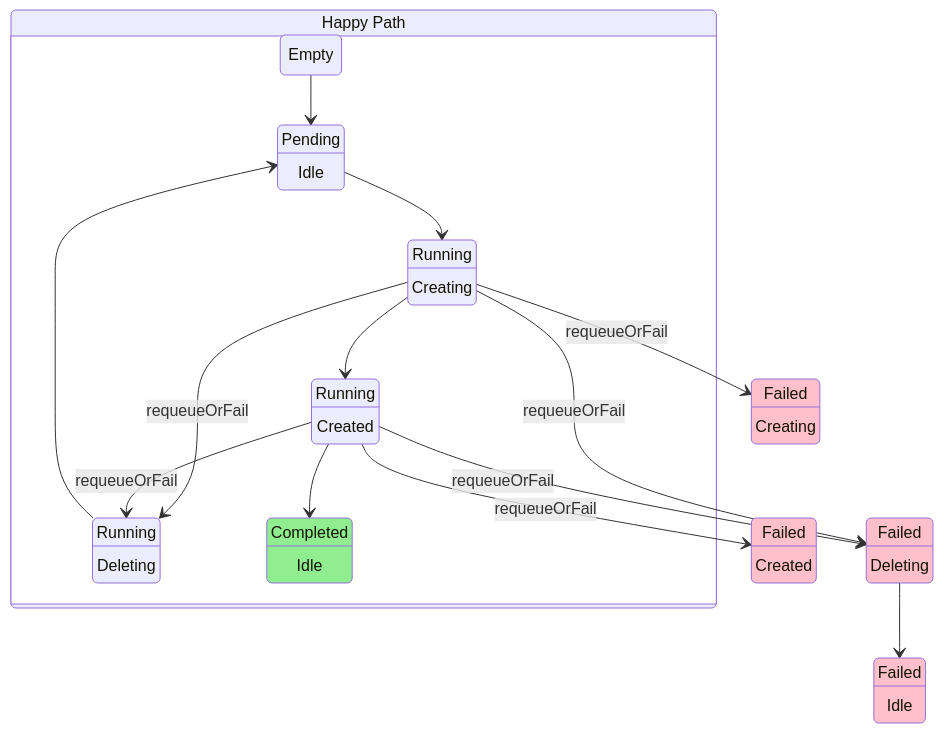
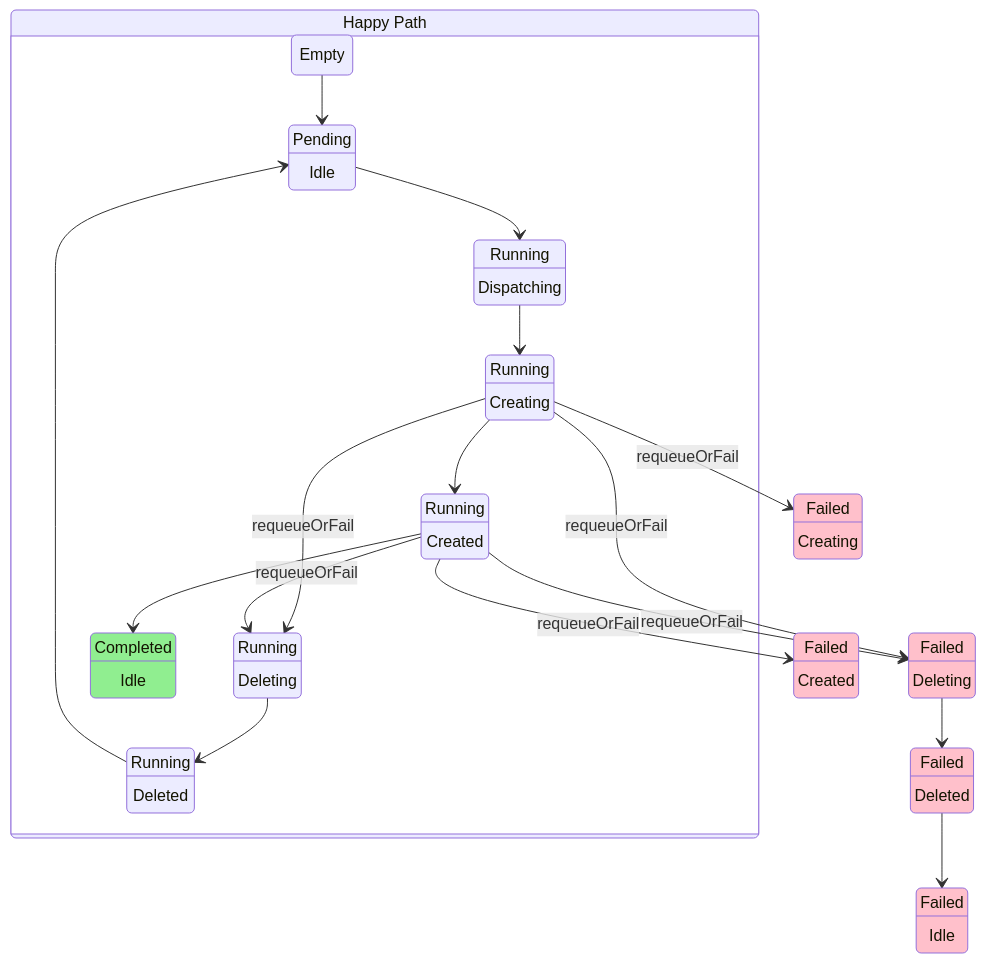
Before and after one commit to project-codeflare/mcad: the diagram in docs/state-diagram.md, drawn with Mermaid.

Commit message:
update AppWrapper state diagram

````diff
--- a/docs/state-diagram.md
+++ b/docs/state-diagram.md
@@ -5,56 +5,66 @@
 ```mermaid
 stateDiagram-v2
     %% Empty
     e : Empty
 
     %% Queued
     qi : Pending
     qi : Idle
 
     %% Running
+    ri : Running
+    ri : Dispatching
     rc : Running
     rc : Creating
     rcd : Running
     rcd : Created
     rd : Running
     rd : Deleting
+    rf : Running
+    rf : Deleted
 
     %% Succeeded
     si : Completed
     si : Idle
 
     %% Failed
     fc : Failed
     fc : Creating
     fcd : Failed
     fcd : Created
     fd : Failed
     fd : Deleting
+    ff : Failed
+    ff : Deleted
     fi: Failed
     fi : Idle
 
     HappyPath : Happy Path
     state HappyPath  {
         e --> qi
-        qi --> rc
+        qi --> ri
+        ri --> rc
         rc --> rcd
         rcd --> si
         rc --> rd : requeueOrFail
         rcd --> rd : requeueOrFail
-        rd --> qi
+        rd --> rf
+        rf --> qi
     }
     rc --> fc : requeueOrFail
     rc --> fd : requeueOrFail
     rcd --> fcd : requeueOrFail
     rcd --> fd : requeueOrFail
-    fd --> fi
+    fd --> ff
+    ff --> fi
 
     classDef failed fill:pink
     class fi failed
     class fc failed
     class fcd failed
     class fd failed
+    class ff failed
 
     classDef succeeded fill:lightgreen
     class si succeeded
 ```
````
